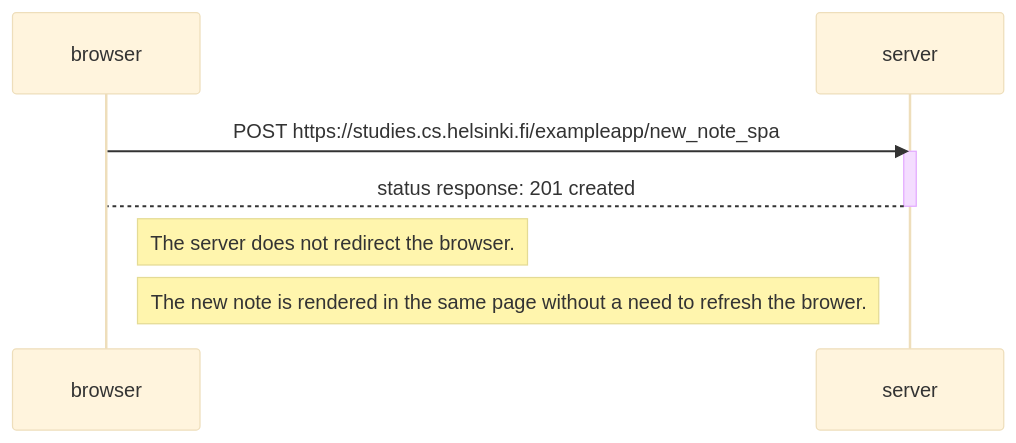
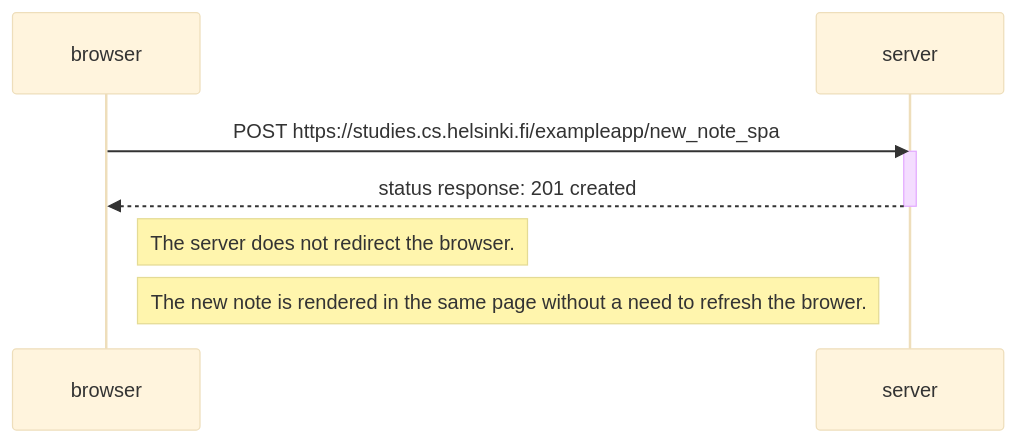
One commit to Brightini/fullstackopen_exercises changed the diagram in part0/Single page app diagram/README.md. Above: the diagram before and after it, drawn with Mermaid (base theme). The commit also changed 1 other file, not shown here.

Commit message:
Updated readme file

````diff
--- a/part0/Single page app diagram/README.md
+++ b/part0/Single page app diagram/README.md
@@ -1,13 +1,13 @@
 ```mermaid
 sequenceDiagram
 	participant browser
 	participant server
 
 	browser->>server: POST https://studies.cs.helsinki.fi/exampleapp/new_note_spa
 	activate server
-	server-->browser: status response: 201 created
+	server-->>browser: status response: 201 created
 	deactivate server
 
 	Note right of browser: The server does not redirect the browser.
 	Note right of browser: The new note is rendered in the same page without a need to refresh the brower.
 ```
````
